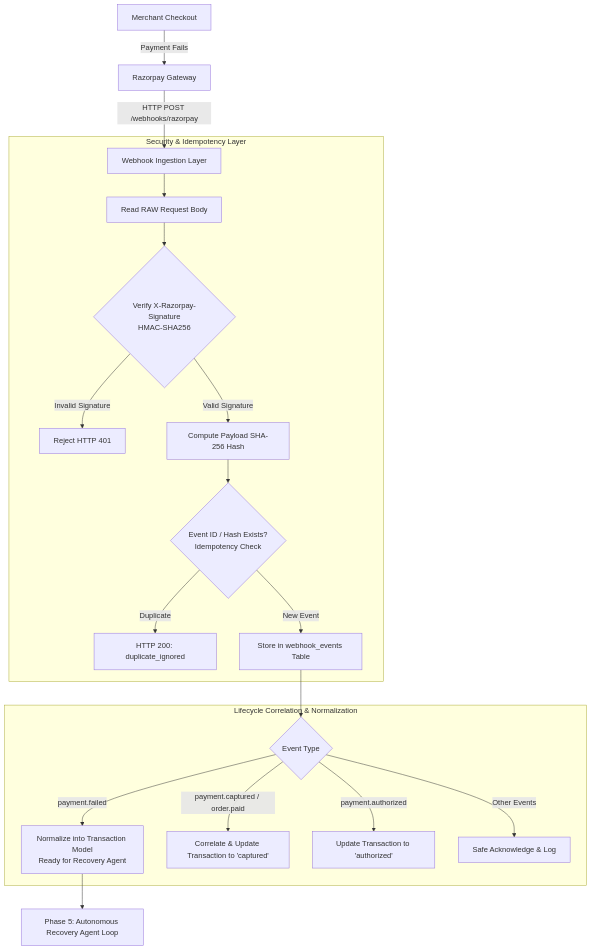
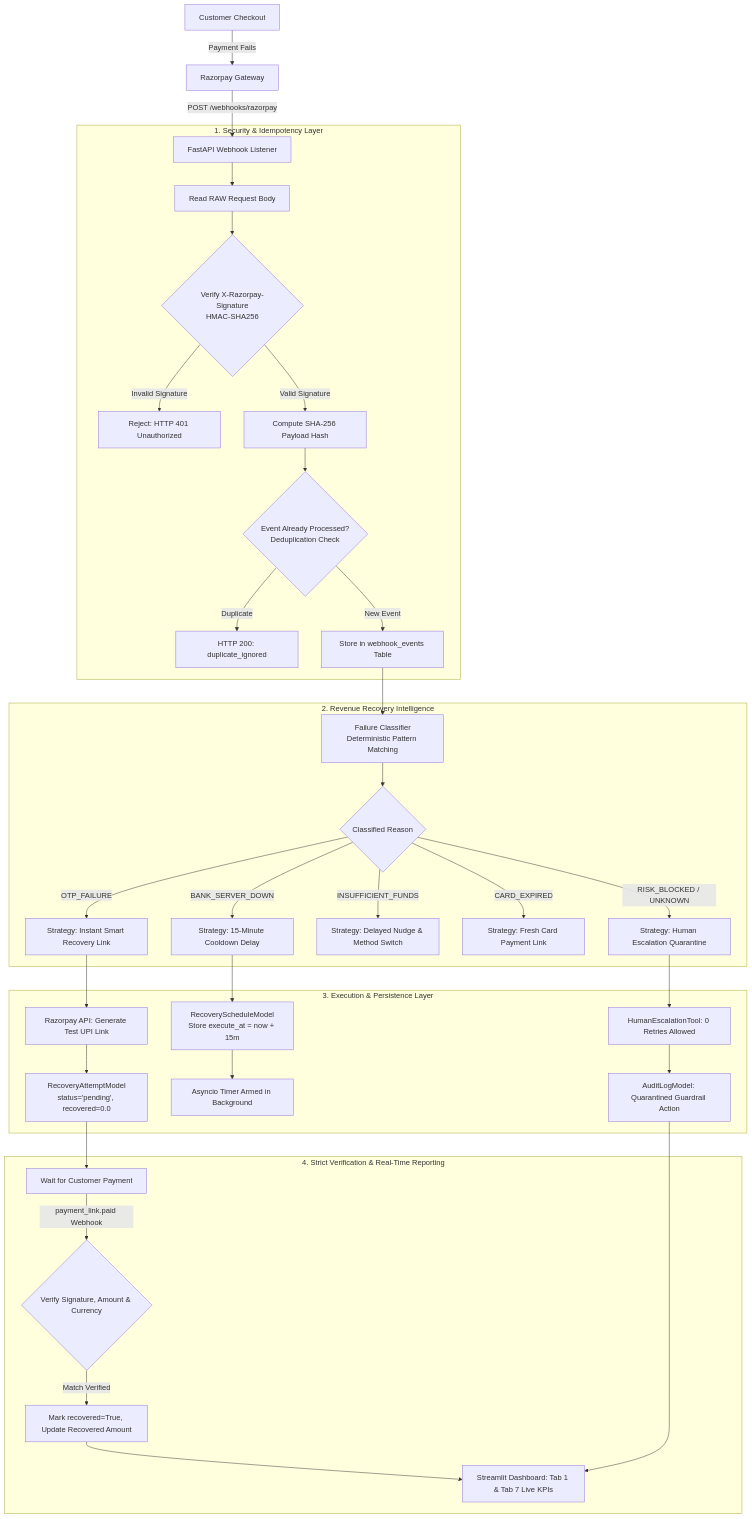
Before and after one commit to gangadharac/recovery-copilot: the first of 2 diagrams in README.md, drawn with Mermaid. The commit also changed other lines of this file, not shown here.

Commit message:
docs: expand README with problem statement, full tech stack, flowcharts, and testing guide

````diff
--- a/README.md
+++ b/README.md
@@ -30,25 +118,45 @@
 ```mermaid
 flowchart TD
-    A[Merchant Checkout] -->|Payment Fails| B[Razorpay Gateway]
-    B -->|HTTP POST /webhooks/razorpay| C[Webhook Ingestion Layer]
-    
-    subgraph S1 [Security & Idempotency Layer]
+    A[Customer Checkout] -->|Payment Fails| B[Razorpay Gateway]
+    B -->|POST /webhooks/razorpay| C[FastAPI Webhook Listener]
+
+    subgraph Security_Idempotency [1. Security & Idempotency Layer]
         C --> D[Read RAW Request Body]
         D --> E{Verify X-Razorpay-Signature<br/>HMAC-SHA256}
-        E -->|Invalid Signature| E1[Reject HTTP 401]
-        E -->|Valid Signature| F[Compute Payload SHA-256 Hash]
-        F --> G{Event ID / Hash Exists?<br/>Idempotency Check}
+        E -->|Invalid Signature| E1[Reject: HTTP 401 Unauthorized]
+        E -->|Valid Signature| F[Compute SHA-256 Payload Hash]
+        F --> G{Event Already Processed?<br/>Deduplication Check}
         G -->|Duplicate| G1[HTTP 200: duplicate_ignored]
         G -->|New Event| H[Store in webhook_events Table]
     end
-    
-    subgraph S2 [Lifecycle Correlation & Normalization]
-        H --> I{Event Type}
-        I -->|payment.failed| J[Normalize into Transaction Model<br/>Ready for Recovery Agent]
-        I -->|payment.captured / order.paid| K[Correlate & Update Transaction to 'captured']
-        I -->|payment.authorized| L[Update Transaction to 'authorized']
-        I -->|Other Events| M[Safe Acknowledge & Log]
+
+    subgraph Intelligence_Layer [2. Revenue Recovery Intelligence]
+        H --> I[Failure Classifier<br/>Deterministic Pattern Matching]
+        I --> J{Classified Reason}
+        
+        J -->|OTP_FAILURE| K1[Strategy: Instant Smart Recovery Link]
+        J -->|BANK_SERVER_DOWN| K2[Strategy: 15-Minute Cooldown Delay]
+        J -->|INSUFFICIENT_FUNDS| K3[Strategy: Delayed Nudge & Method Switch]
+        J -->|CARD_EXPIRED| K4[Strategy: Fresh Card Payment Link]
+        J -->|RISK_BLOCKED / UNKNOWN| K5[Strategy: Human Escalation Quarantine]
     end
-    
-    J --> N[Phase 5: Autonomous Recovery Agent Loop]
+
+    subgraph Execution_Persistence [3. Execution & Persistence Layer]
+        K1 --> L1[Razorpay API: Generate Test UPI Link]
+        L1 --> M1[RecoveryAttemptModel<br/>status='pending', recovered=0.0]
+        
+        K2 --> L2[RecoveryScheduleModel<br/>Store execute_at = now + 15m]
+        L2 --> M2[Asyncio Timer Armed in Background]
+        
+        K5 --> L5[HumanEscalationTool: 0 Retries Allowed]
+        L5 --> M5[AuditLogModel: Quarantined Guardrail Action]
+    end
+
+    subgraph Verification_Reporting [4. Strict Verification & Real-Time Reporting]
+        M1 --> N[Wait for Customer Payment]
+        N -->|payment_link.paid Webhook| O{Verify Signature, Amount & Currency}
+        O -->|Match Verified| P[Mark recovered=True, Update Recovered Amount]
+        P --> Q[Streamlit Dashboard: Tab 1 & Tab 7 Live KPIs]
+        M5 --> Q
+    end
 ```
````
